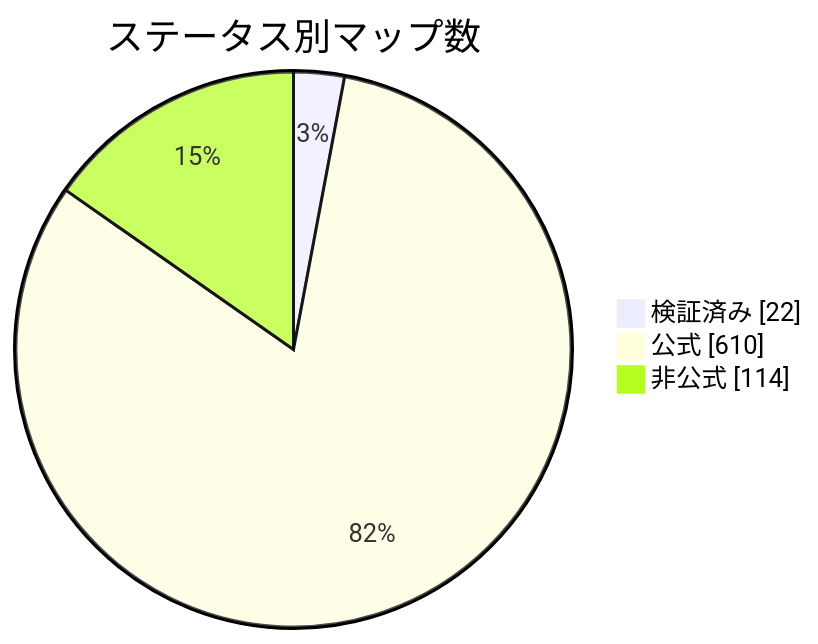
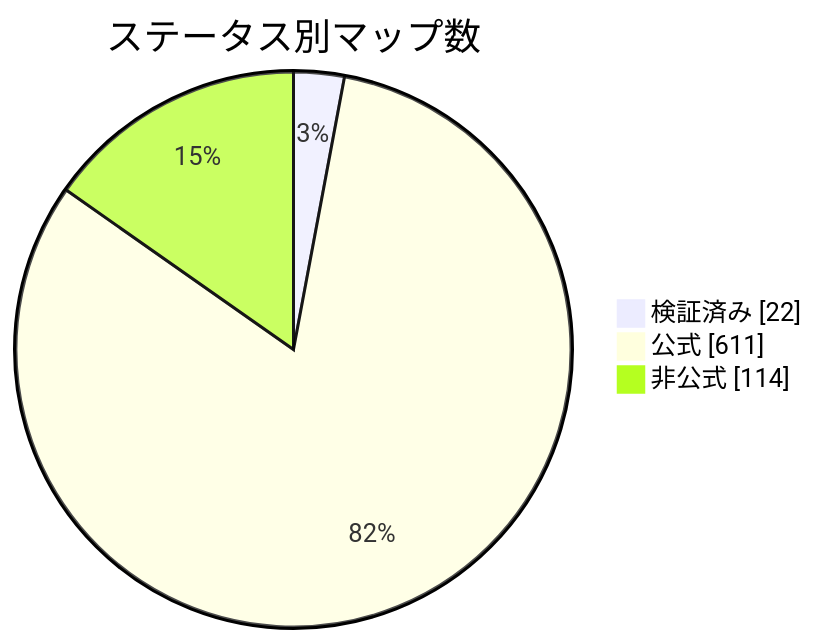
Before and after one commit to nobrega8/mbmap-library: the diagram in docs/readme/README_JP.md, drawn with Mermaid. The commit also changed 6 other files, not shown here.

Commit message:
Add the Contech FT1 thermal mass flow meter map (closes #478) (#549)

````diff
--- a/docs/readme/README_JP.md
+++ b/docs/readme/README_JP.md
@@ -54,7 +54,7 @@
 ```mermaid
 pie showData
     title ステータス別マップ数
     "検証済み" : 22
-    "公式" : 610
+    "公式" : 611
     "非公式" : 114
 ```
````
